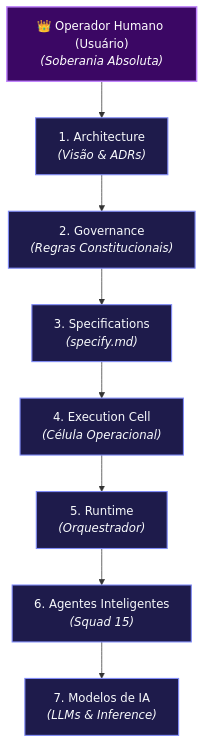
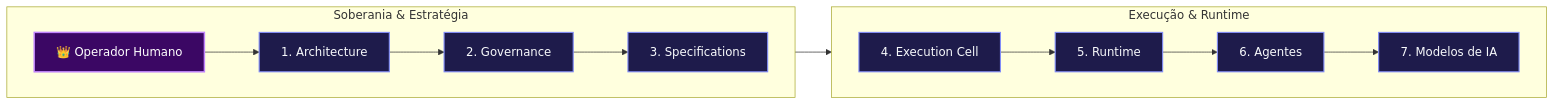
Before and after one commit to EnterDufter/PromptCoreLabs_AEOS: the fourth of 5 diagrams in governance/operating-model.md, drawn with Mermaid. The commit also changed other lines of this file and 1 other file, not shown here.

Commit message:
fix(standardization): padroniza proporcao visual e tamanho de fontes de 100% dos diagramas (4-5 nos/linha, max-height 280px no PDF)

````diff
--- a/governance/operating-model.md
+++ b/governance/operating-model.md
@@ -329,13 +329,16 @@
 ```mermaid
-graph TD
+graph LR
     classDef top fill:#3b0764,stroke:#c084fc,stroke-width:2px,color:#fff;
     classDef auth fill:#1e1b4b,stroke:#818cf8,stroke-width:1.5px,color:#f8fafc;
 
-    U["👑 Operador Humano (Usuário)<br/><i>(Soberania Absoluta)</i>"]:::top --> Arc["1. Architecture<br/><i>(Visão & ADRs)</i>"]:::auth
-    Arc --> Gov["2. Governance<br/><i>(Regras Constitucionais)</i>"]:::auth
-    Gov --> Spec["3. Specifications<br/><i>(specify.md)</i>"]:::auth
-    Spec --> EC["4. Execution Cell<br/><i>(Célula Operacional)</i>"]:::auth
-    EC --> RT["5. Runtime<br/><i>(Orquestrador)</i>"]:::auth
-    RT --> Agt["6. Agentes Inteligentes<br/><i>(Squad 15)</i>"]:::auth
-    Agt --> Mdl["7. Modelos de IA<br/><i>(LLMs & Inference)</i>"]:::auth
+    subgraph A_Top["Soberania & Estratégia"]
+        direction LR
+        U["👑 Operador Humano"]:::top --> Arc["1. Architecture"]:::auth --> Gov["2. Governance"]:::auth --> Spec["3. Specifications"]:::auth
+    end
+    subgraph A_Bot["Execução & Runtime"]
+        direction LR
+        EC["4. Execution Cell"]:::auth --> RT["5. Runtime"]:::auth --> Agt["6. Agentes"]:::auth --> Mdl["7. Modelos de IA"]:::auth
+    end
+
+    A_Top --> A_Bot
 ```
````
